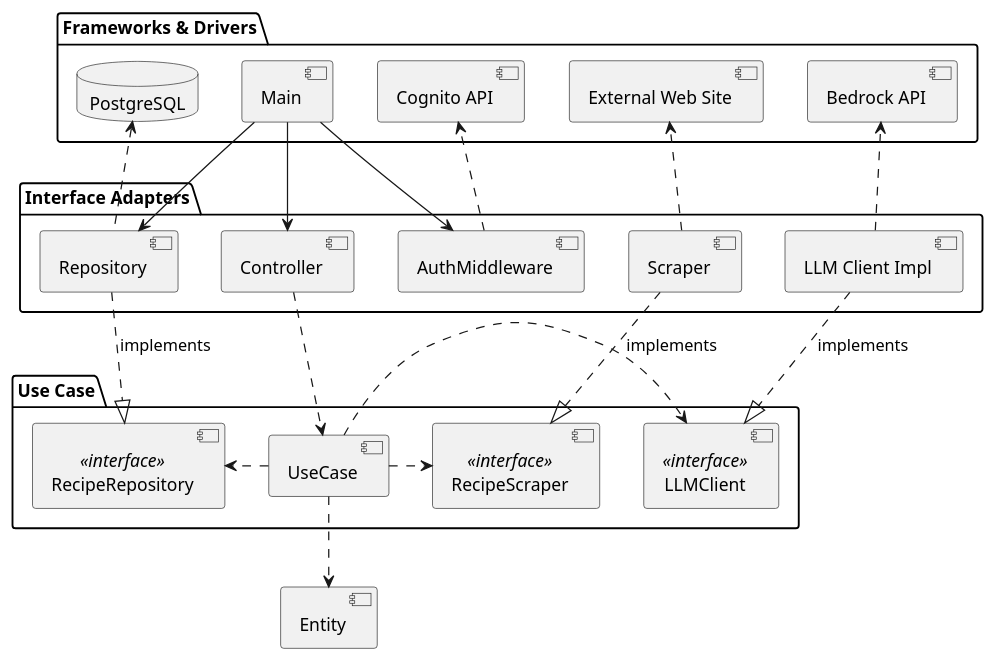
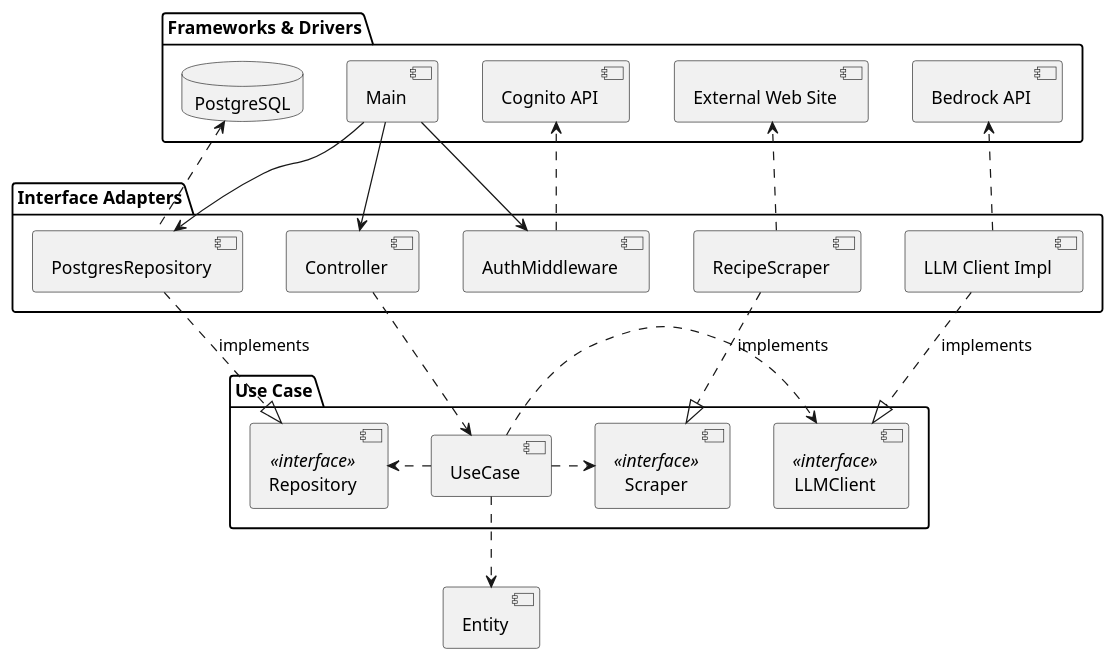
One commit to maehiyu/repirecipe changed the diagram in uml.pu. Above: the diagram before and after it, drawn with PlantUML. The commit also changed 17 other files, not shown here.

Commit message:
edit component figure

```diff
--- a/uml.pu
+++ b/uml.pu
@@ -1,39 +1,39 @@
 @startuml
 
 package "Frameworks & Drivers" {
     database "PostgreSQL" as db
     [Main]
     [Cognito API]
     [External Web Site] as "External Web Site"
     [Bedrock API] 
 }
 
 package "Interface Adapters" {
-    [Repository]
+    [PostgresRepository]
     [Controller]
     [AuthMiddleware] ..> [Cognito API]
-    [Scraper]..> [External Web Site]
+    [RecipeScraper]..> [External Web Site]
     [LLM Client Impl] ..> [Bedrock API]
 }
 
 package "Use Case" {
-    [UseCase] .> [RecipeRepository]
-    [RecipeRepository] <<interface>>
+    [UseCase] .> [Repository]
+    [Repository] <<interface>>
     [LLMClient] <<interface>>
-    [RecipeScraper] <<interface>>
+    [Scraper] <<interface>>
     [UseCase] .> [LLMClient]
-    [UseCase] .> [RecipeScraper]
+    [UseCase] .> [Scraper]
 }
 
-db <.. [Repository]
+db <.. [PostgresRepository]
 [Main] --> [Controller] 
-[Main] --> [Repository]
+[Main] --> [PostgresRepository]
 [Main] --> [AuthMiddleware]
 [Controller] ..> [UseCase]
-[Scraper] ..|> [RecipeScraper] : implements
-[Repository] ..|> [RecipeRepository] : implements
+[RecipeScraper] ..|> [Scraper] : implements
+[PostgresRepository] ..|> [Repository] : implements
 [LLM Client Impl] ..|> [LLMClient] : implements
 [UseCase] ..> [Entity]
 [Entity]
 
 @enduml
```
